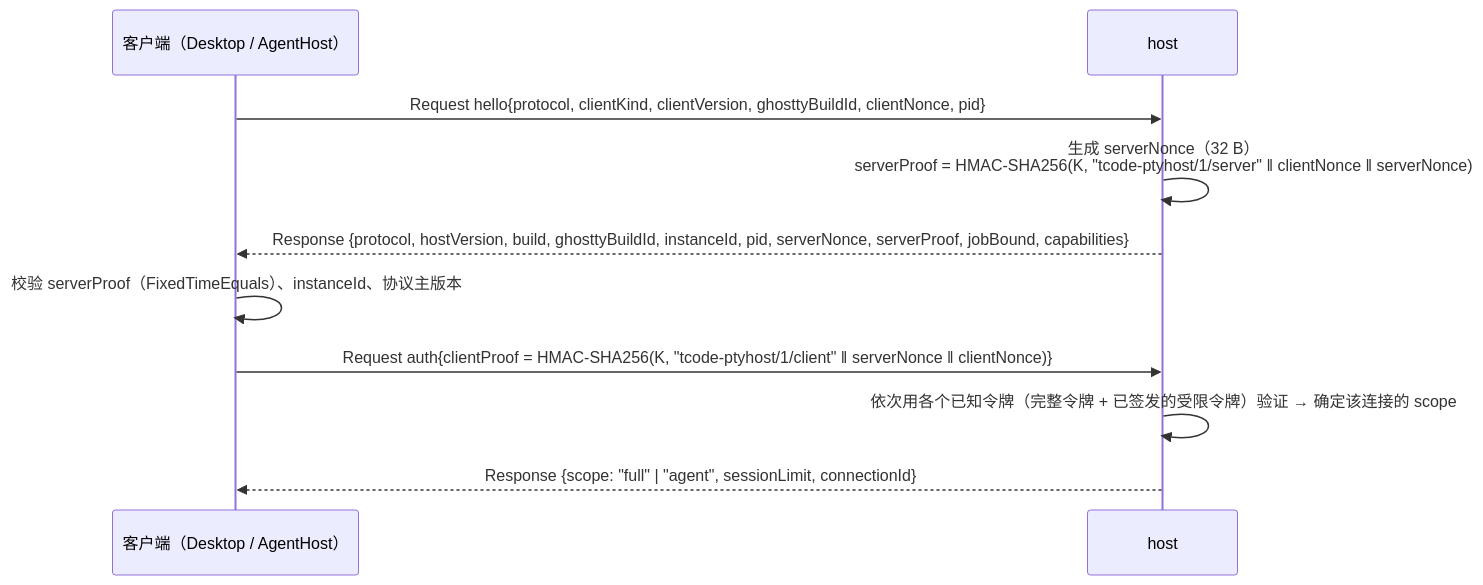
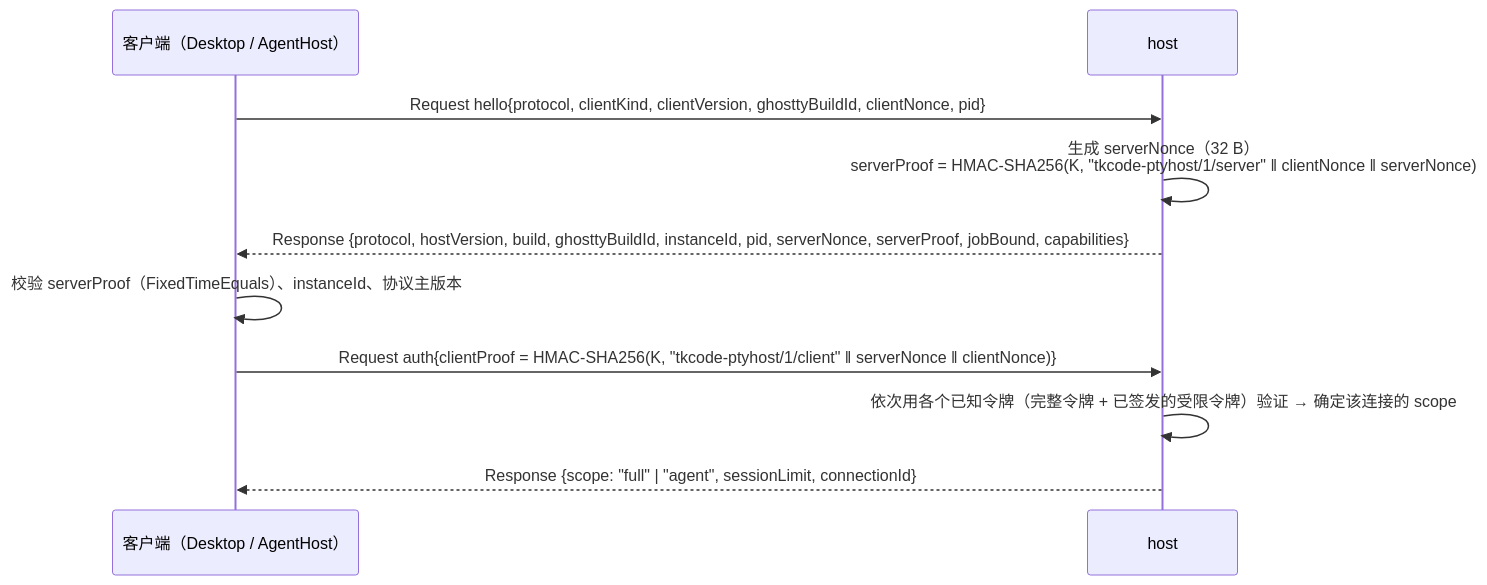
One commit to AtomUICommunity/TCode changed the second of 6 diagrams in docs/terminal/04-pty-host.md. Above: the diagram before and after it, drawn with Mermaid. The commit also changed other lines of this file and 1931 other files, not shown here.

Commit message:
Rename project from TCode to TKCode

````diff
--- a/docs/terminal/04-pty-host.md
+++ b/docs/terminal/04-pty-host.md
@@ -243,12 +243,12 @@
 ```mermaid
 sequenceDiagram
     participant C as 客户端（Desktop / AgentHost）
     participant H as host
     C->>H: Request hello{protocol, clientKind, clientVersion, ghosttyBuildId, clientNonce, pid}
-    H->>H: 生成 serverNonce（32 B）<br/>serverProof = HMAC-SHA256(K, "tcode-ptyhost/1/server" ‖ clientNonce ‖ serverNonce)
+    H->>H: 生成 serverNonce（32 B）<br/>serverProof = HMAC-SHA256(K, "tkcode-ptyhost/1/server" ‖ clientNonce ‖ serverNonce)
     H-->>C: Response {protocol, hostVersion, build, ghosttyBuildId, instanceId, pid, serverNonce, serverProof, jobBound, capabilities}
     C->>C: 校验 serverProof（FixedTimeEquals）、instanceId、协议主版本
-    C->>H: Request auth{clientProof = HMAC-SHA256(K, "tcode-ptyhost/1/client" ‖ serverNonce ‖ clientNonce)}
+    C->>H: Request auth{clientProof = HMAC-SHA256(K, "tkcode-ptyhost/1/client" ‖ serverNonce ‖ clientNonce)}
     H->>H: 依次用各个已知令牌（完整令牌 + 已签发的受限令牌）验证 → 确定该连接的 scope
     H-->>C: Response {scope: "full" | "agent", sessionLimit, connectionId}
 ```
````
